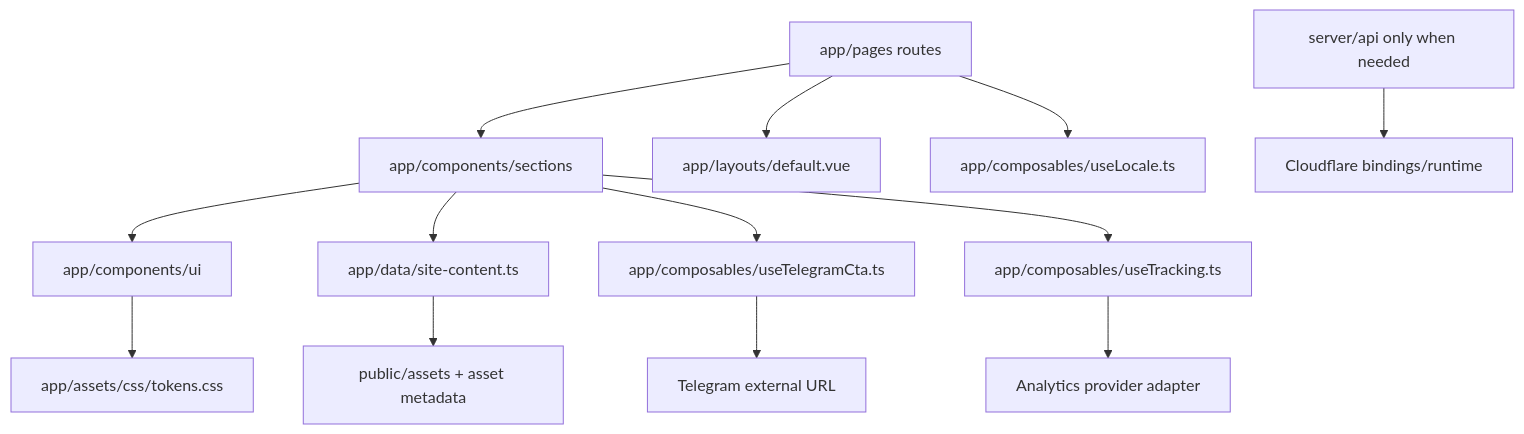
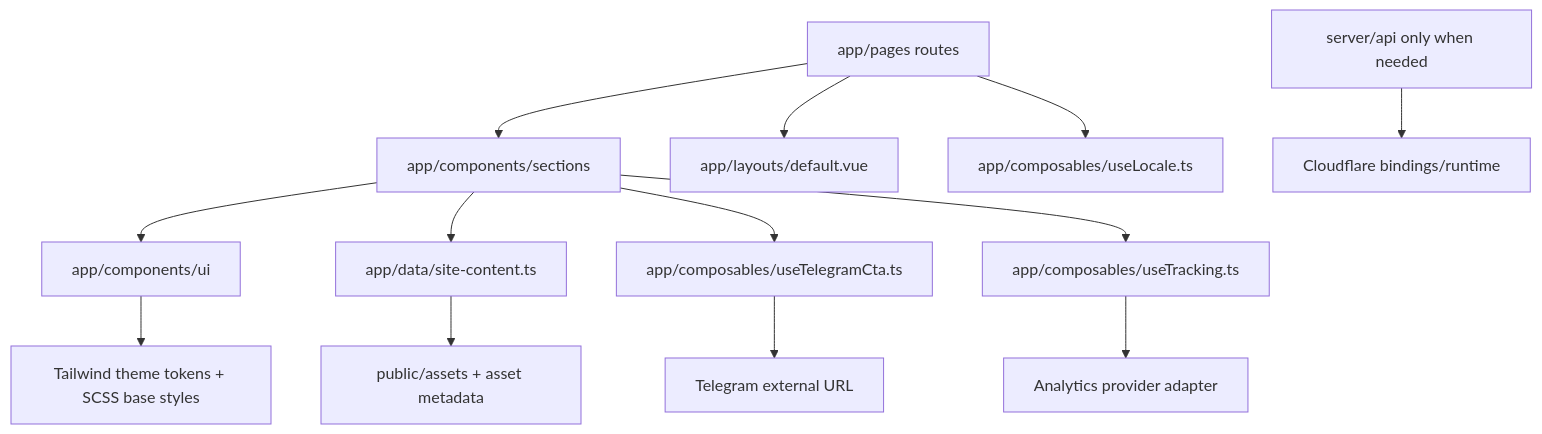
The first of 3 diagrams in _bmad-output/planning-artifacts/architecture/architecture-fluyo-school-2026-07-08/ARCHITECTURE-SPINE.md (micklymchuk/fluyo-school), drawn with Mermaid before and after one commit. The commit also changed other lines of this file and 15 other files, not shown here.

Commit message:
refactor: revise ui foundation to tailwind and scss

````diff
--- a/_bmad-output/planning-artifacts/architecture/architecture-fluyo-school-2026-07-08/ARCHITECTURE-SPINE.md
+++ b/_bmad-output/planning-artifacts/architecture/architecture-fluyo-school-2026-07-08/ARCHITECTURE-SPINE.md
@@ -45,15 +45,15 @@
 ```mermaid
 flowchart TD
   Pages["app/pages routes"] --> Sections["app/components/sections"]
   Pages --> Layout["app/layouts/default.vue"]
   Sections --> Ui["app/components/ui"]
   Sections --> Content["app/data/site-content.ts"]
   Sections --> Cta["app/composables/useTelegramCta.ts"]
   Sections --> Tracking["app/composables/useTracking.ts"]
   Pages --> Locale["app/composables/useLocale.ts"]
-  Ui --> Tokens["app/assets/css/tokens.css"]
+  Ui --> Tokens["Tailwind theme tokens + SCSS base styles"]
   Content --> Assets["public/assets + asset metadata"]
   Cta --> Telegram["Telegram external URL"]
   Tracking --> Analytics["Analytics provider adapter"]
   Server["server/api only when needed"] --> Cloudflare["Cloudflare bindings/runtime"]
 ```
````
